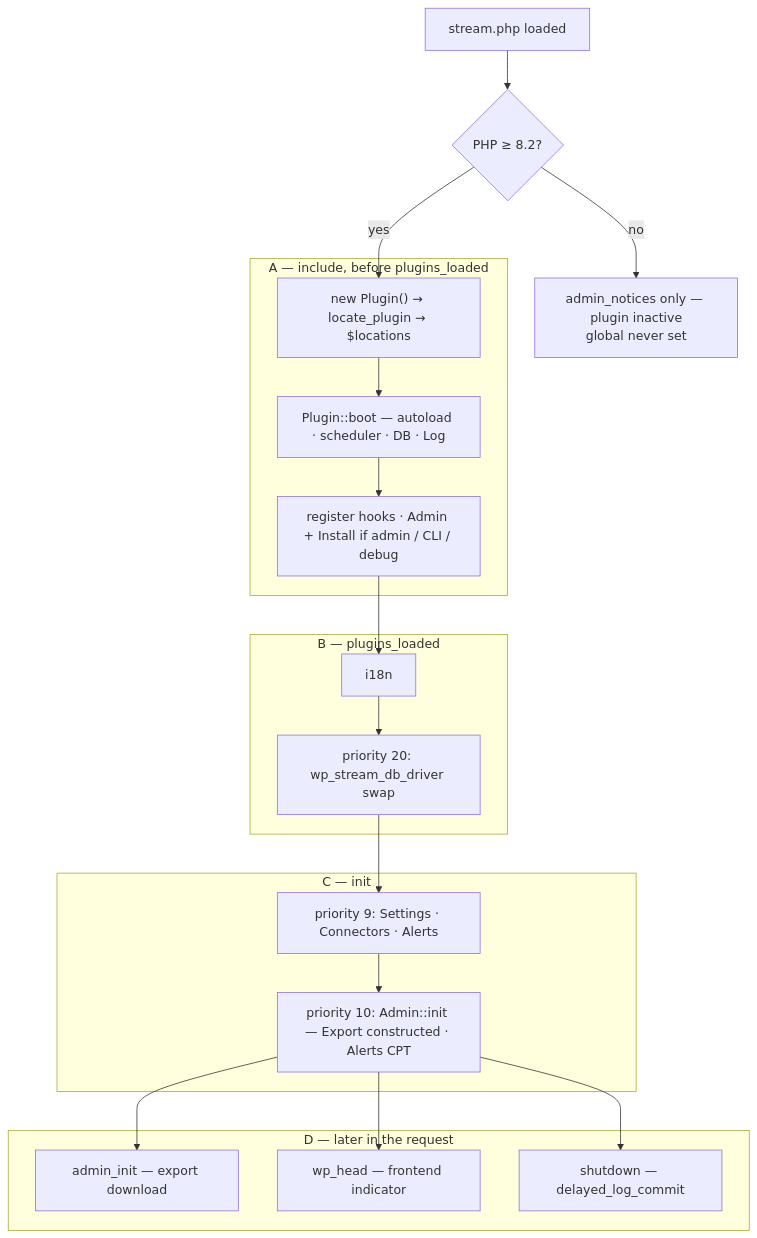
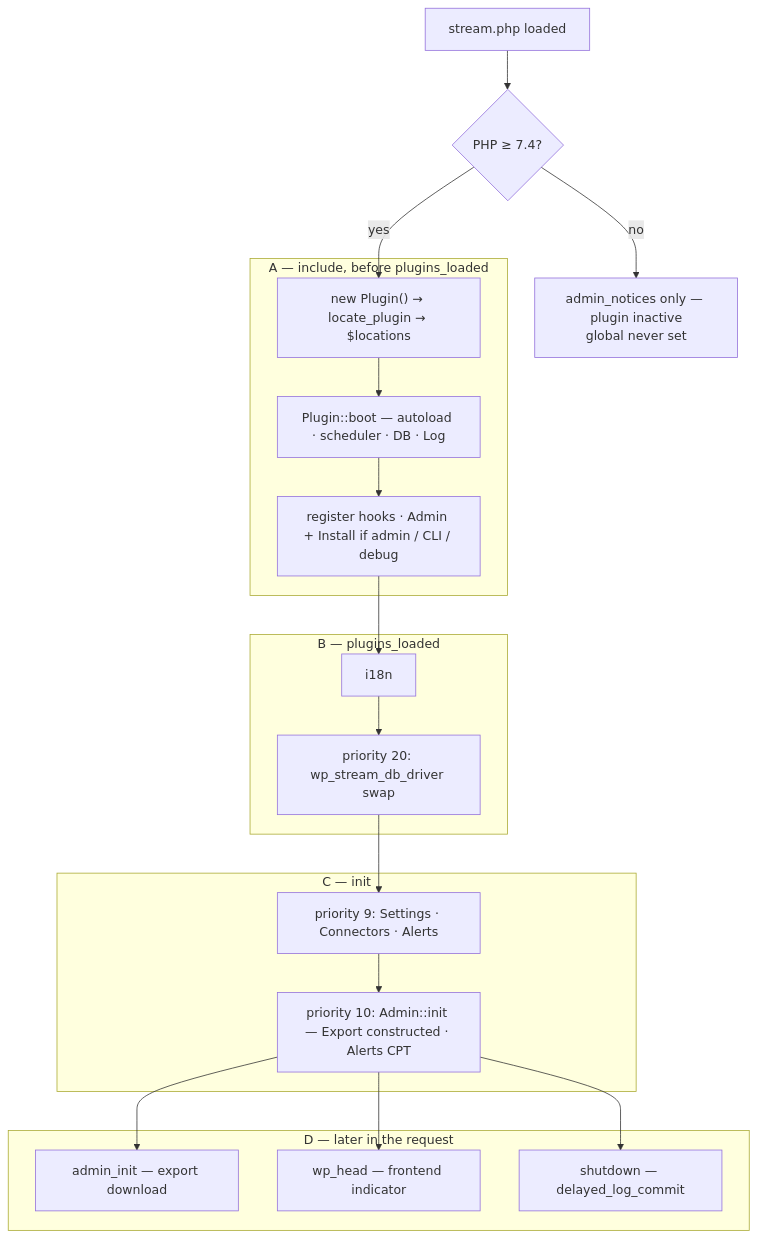
The diagram in ARCHITECTURE.md (xwp/stream), drawn with Mermaid before and after one commit. The commit also changed other lines of this file, not shown here.

Commit message:
Document the PHP 7.4 minimum in ARCHITECTURE.md.

````diff
--- a/ARCHITECTURE.md
+++ b/ARCHITECTURE.md
@@ -13,37 +13,37 @@
 ```mermaid
 flowchart TD
-  start[stream.php loaded] --> php{PHP ≥ 8.2?}
+  start[stream.php loaded] --> php{PHP ≥ 7.4?}
   php -->|no| fail["admin_notices only — plugin inactive<br/>global never set"]
   php -->|yes| a1
 
   subgraph phaseA["A — include, before plugins_loaded"]
     a1["new Plugin() → locate_plugin → $locations"]
     a2["Plugin::boot — autoload · scheduler · DB · Log"]
     a3["register hooks · Admin + Install if admin / CLI / debug"]
     a1 --> a2 --> a3
   end
 
   subgraph phaseB["B — plugins_loaded"]
     b1[i18n]
     b2["priority 20: wp_stream_db_driver swap"]
     b1 --> b2
   end
 
   subgraph phaseC["C — init"]
     c1["priority 9: Settings · Connectors · Alerts"]
     c2["priority 10: Admin::init — Export constructed · Alerts CPT"]
     c1 --> c2
   end
 
   subgraph phaseD["D — later in the request"]
     d1["admin_init — export download"]
     d2["wp_head — frontend indicator"]
     d3["shutdown — delayed_log_commit"]
   end
 
   a3 --> b1
   b2 --> c1
   c2 --> d1
   c2 --> d2
   c2 --> d3
 ```
````
